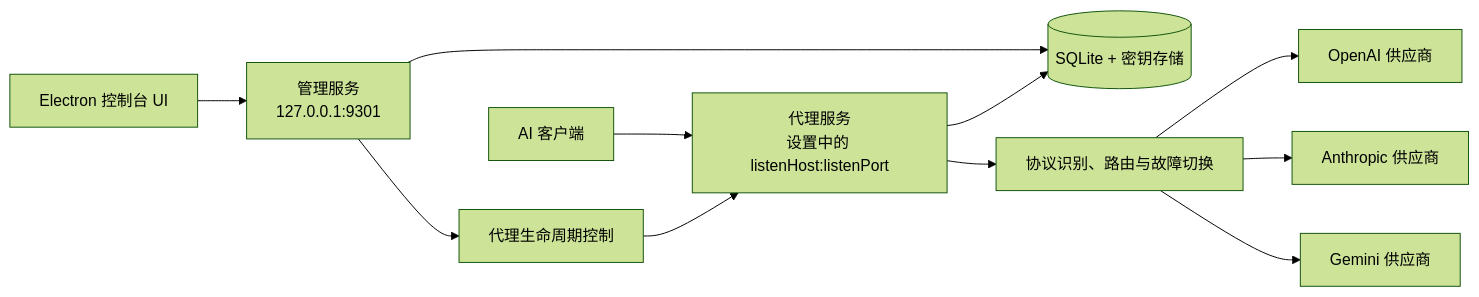
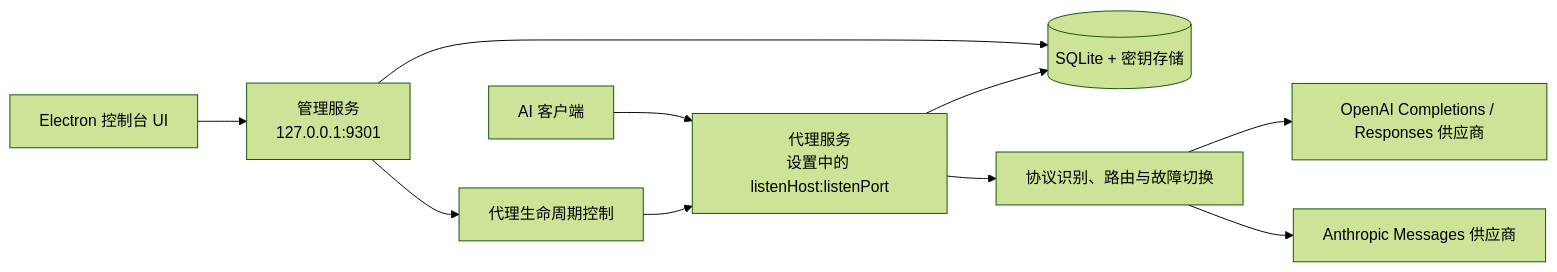
The diagram in specs/architecture.md (yinxulai/one-switch), drawn with Mermaid (forest theme) before and after one commit. The commit also changed other lines of this file and 130 other files, not shown here.

````diff
--- a/specs/architecture.md
+++ b/specs/architecture.md
@@ -5,14 +5,13 @@
 ```mermaid
 flowchart LR
    UI[Electron 控制台 UI] --> Management[管理服务<br/>127.0.0.1:9301]
    Management --> Store[(SQLite + 密钥存储)]
    Management --> Lifecycle[代理生命周期控制]
 
    Client[AI 客户端] --> Proxy[代理服务<br/>设置中的 listenHost:listenPort]
    Lifecycle --> Proxy
    Proxy --> Store
    Proxy --> Router[协议识别、路由与故障切换]
-   Router --> OpenAI[OpenAI 供应商]
-   Router --> Anthropic[Anthropic 供应商]
-   Router --> Gemini[Gemini 供应商]
+   Router --> OpenAI[OpenAI Completions / Responses 供应商]
+   Router --> Anthropic[Anthropic Messages 供应商]
 ```
````
